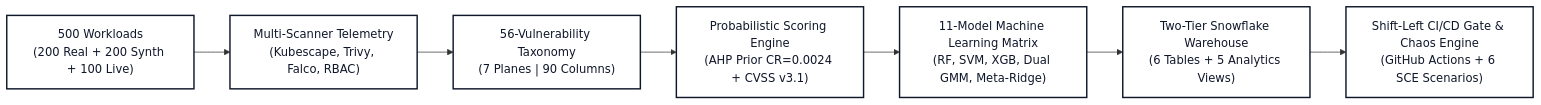
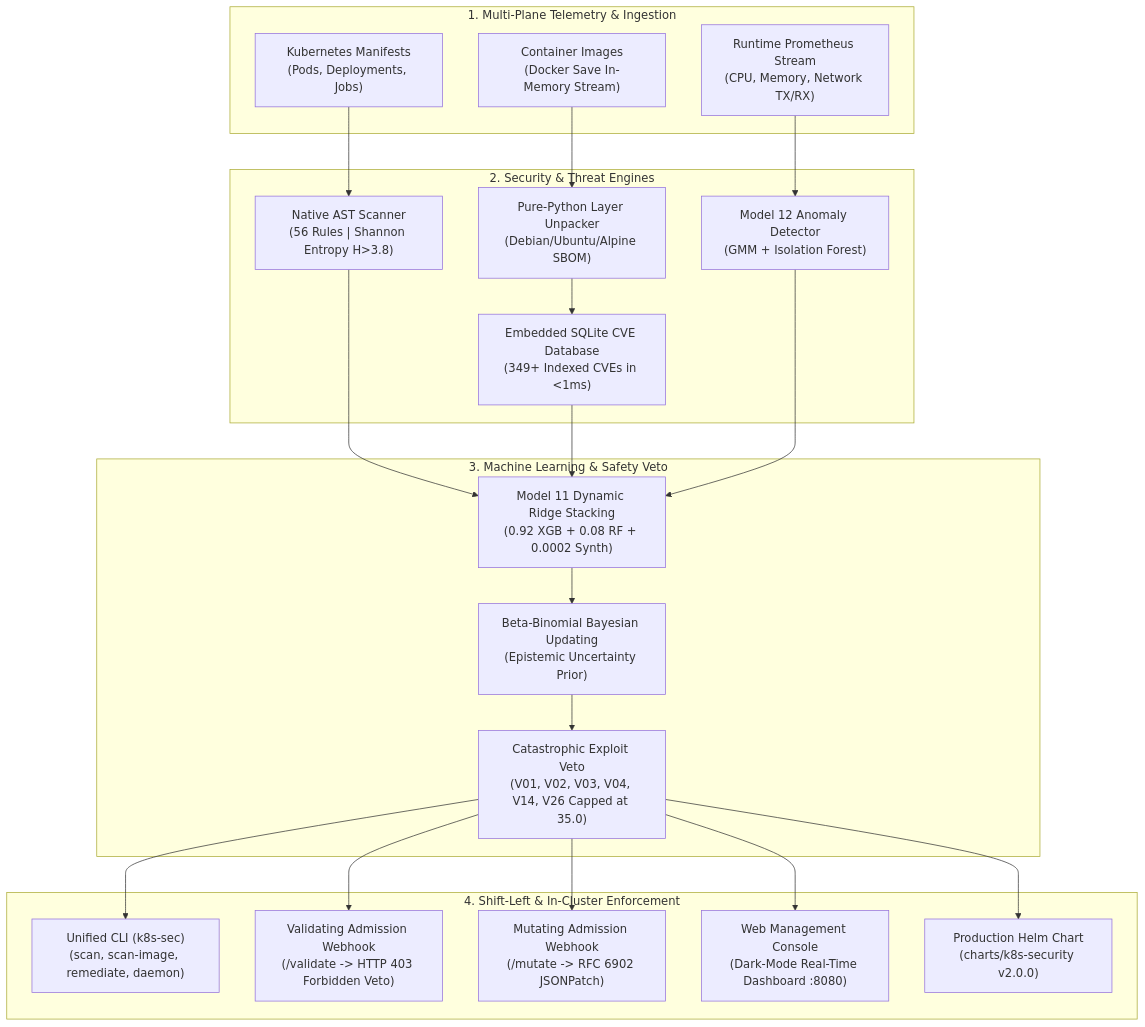
Before and after one commit to Jayantha1028/K8s-security-assessment: the diagram in README.md, drawn with Mermaid. The commit also changed other lines of this file and 144 other files, not shown here.

Commit message:
feat: v2.0.0 Commercial Release - In-Cluster Admission Controller, Unified CLI, Hybrid Container Layer Scanner, Model 12 Anomaly Detector, Production Helm Chart & Web Console

````diff
--- a/README.md
+++ b/README.md
@@ -22,17 +16,43 @@
 ```mermaid
-flowchart LR
-    A["500 Workloads<br/>(200 Real + 200 Synth + 100 Live)"] --> B["Multi-Scanner Telemetry<br/>(Kubescape, Trivy, Falco, RBAC)"]
-    B --> C["56-Vulnerability Taxonomy<br/>(7 Planes | 90 Columns)"]
-    C --> D["Probabilistic Scoring Engine<br/>(AHP Prior CR=0.0024 + CVSS v3.1)"]
-    D --> E["11-Model Machine Learning Matrix<br/>(RF, SVM, XGB, Dual GMM, Meta-Ridge)"]
-    E --> F["Two-Tier Snowflake Warehouse<br/>(6 Tables + 5 Analytics Views)"]
-    F --> G["Shift-Left CI/CD Gate & Chaos Engine<br/>(GitHub Actions + 6 SCE Scenarios)"]
+flowchart TD
+    subgraph INGESTION["1. Multi-Plane Telemetry & Ingestion"]
+        A["Kubernetes Manifests<br/>(Pods, Deployments, Jobs)"]
+        B["Container Images<br/>(Docker Save In-Memory Stream)"]
+        C["Runtime Prometheus Stream<br/>(CPU, Memory, Network TX/RX)"]
+    end
 
-    style A fill:#FFFFFF,stroke:#0F172A,stroke-width:2px,color:#0F172A
-    style B fill:#FFFFFF,stroke:#0F172A,stroke-width:2px,color:#0F172A
-    style C fill:#FFFFFF,stroke:#0F172A,stroke-width:2px,color:#0F172A
-    style D fill:#FFFFFF,stroke:#0F172A,stroke-width:2px,color:#0F172A
-    style E fill:#FFFFFF,stroke:#0F172A,stroke-width:2px,color:#0F172A
-    style F fill:#FFFFFF,stroke:#0F172A,stroke-width:2px,color:#0F172A
-    style G fill:#FFFFFF,stroke:#0F172A,stroke-width:2px,color:#0F172A
+    subgraph ENGINES["2. Security & Threat Engines"]
+        D["Native AST Scanner<br/>(56 Rules | Shannon Entropy H>3.8)"]
+        E["Pure-Python Layer Unpacker<br/>(Debian/Ubuntu/Alpine SBOM)"]
+        F["Embedded SQLite CVE Database<br/>(349+ Indexed CVEs in <1ms)"]
+        G["Model 12 Anomaly Detector<br/>(GMM + Isolation Forest)"]
+    end
+
+    subgraph INTELLIGENCE["3. Machine Learning & Safety Veto"]
+        H["Model 11 Dynamic Ridge Stacking<br/>(0.92 XGB + 0.08 RF + 0.0002 Synth)"]
+        I["Beta-Binomial Bayesian Updating<br/>(Epistemic Uncertainty Prior)"]
+        J["Catastrophic Exploit Veto<br/>(V01, V02, V03, V04, V14, V26 Capped at 35.0)"]
+    end
+
+    subgraph ENFORCEMENT["4. Shift-Left & In-Cluster Enforcement"]
+        K["Unified CLI (k8s-sec)<br/>(scan, scan-image, remediate, daemon)"]
+        L["Validating Admission Webhook<br/>(/validate -> HTTP 403 Forbidden Veto)"]
+        M["Mutating Admission Webhook<br/>(/mutate -> RFC 6902 JSONPatch)"]
+        N["Web Management Console<br/>(Dark-Mode Real-Time Dashboard :8080)"]
+        O["Production Helm Chart<br/>(charts/k8s-security v2.0.0)"]
+    end
+
+    A --> D
+    B --> E
+    E --> F
+    C --> G
+    D --> H
+    F --> H
+    G --> H
+    H --> I --> J
+    J --> K
+    J --> L
+    J --> M
+    J --> N
+    J --> O
 ```
````
